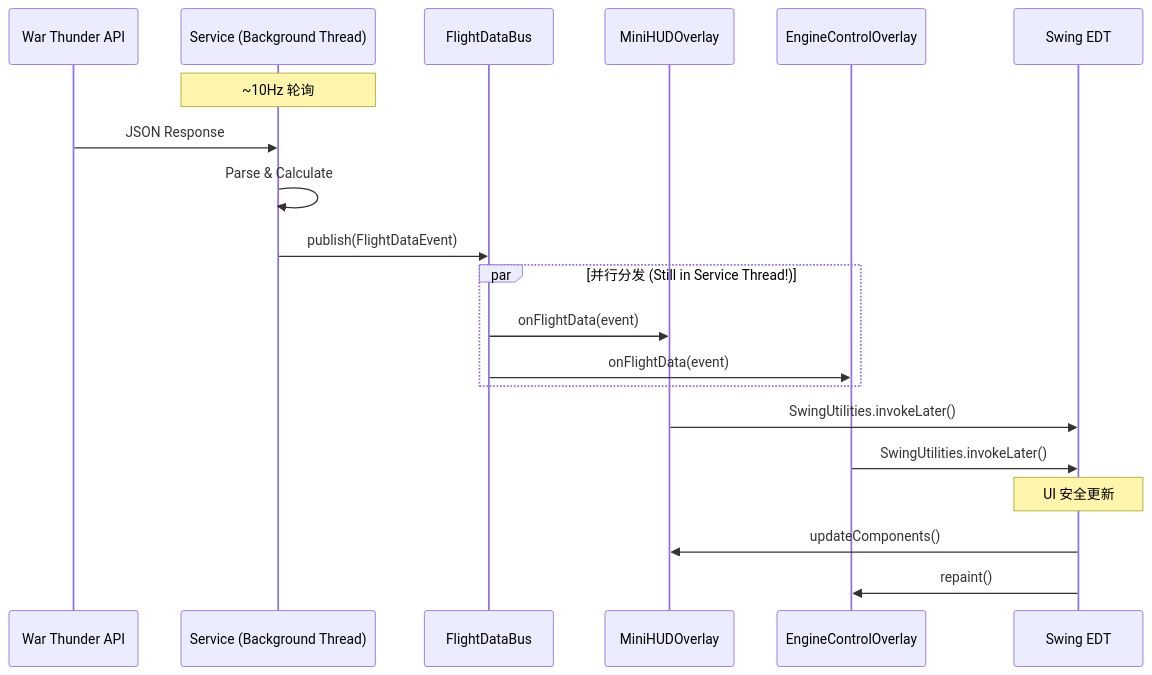
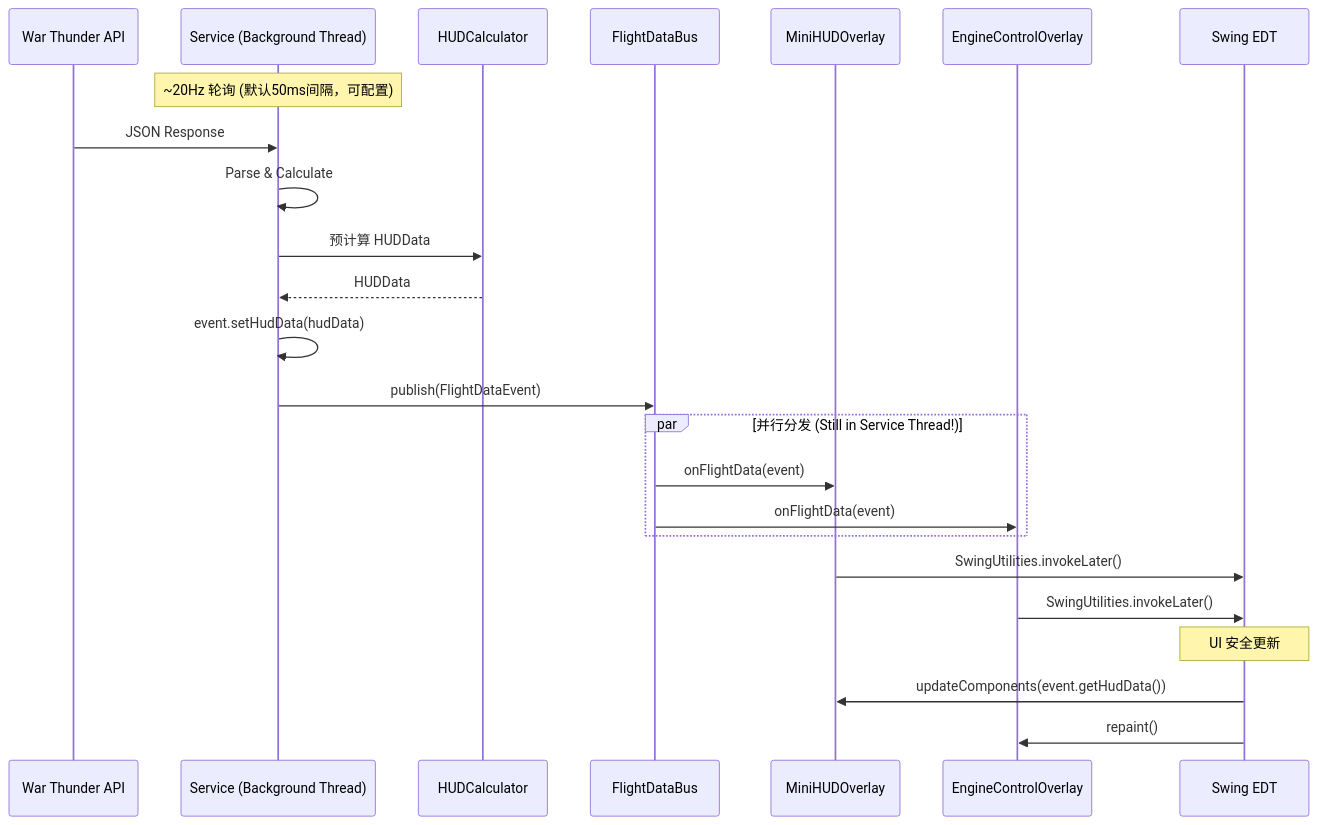
One commit to matrixsukhoi/voidmei changed the first of 3 diagrams in doc/数据流架构指南.md. Above: the diagram before and after it, drawn with Mermaid. The commit also changed other lines of this file and 5 other files, not shown here.

````diff
--- a/doc/数据流架构指南.md
+++ b/doc/数据流架构指南.md
@@ -275,27 +293,31 @@
 ```mermaid
 sequenceDiagram
     participant WT as War Thunder API
     participant Svc as Service (Background Thread)
+    participant Calc as HUDCalculator
     participant Bus as FlightDataBus
     participant OV1 as MiniHUDOverlay
     participant OV2 as EngineControlOverlay
     participant EDT as Swing EDT
 
-    Note over Svc: ~10Hz 轮询
+    Note over Svc: ~20Hz 轮询 (默认50ms间隔，可配置)
     WT->>Svc: JSON Response
 
     Svc->>Svc: Parse & Calculate
+    Svc->>Calc: 预计算 HUDData
+    Calc-->>Svc: HUDData
+    Svc->>Svc: event.setHudData(hudData)
     Svc->>Bus: publish(FlightDataEvent)
 
     par 并行分发 (Still in Service Thread!)
         Bus->>OV1: onFlightData(event)
         Bus->>OV2: onFlightData(event)
     end
 
     OV1->>EDT: SwingUtilities.invokeLater()
     OV2->>EDT: SwingUtilities.invokeLater()
 
     Note over EDT: UI 安全更新
-    EDT->>OV1: updateComponents()
+    EDT->>OV1: updateComponents(event.getHudData())
     EDT->>OV2: repaint()
 ```
````
